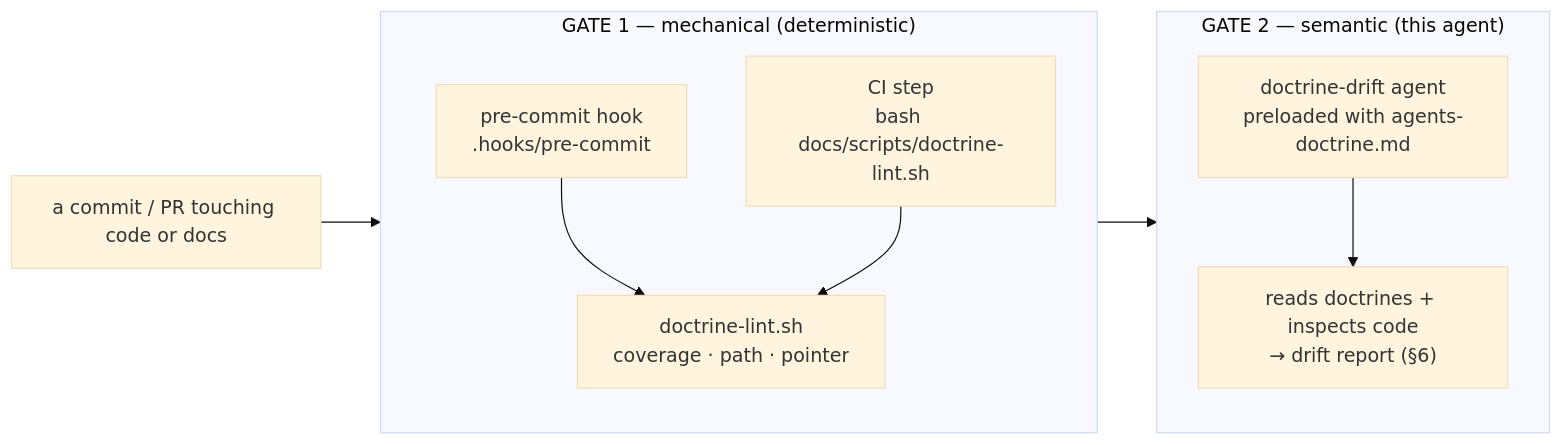
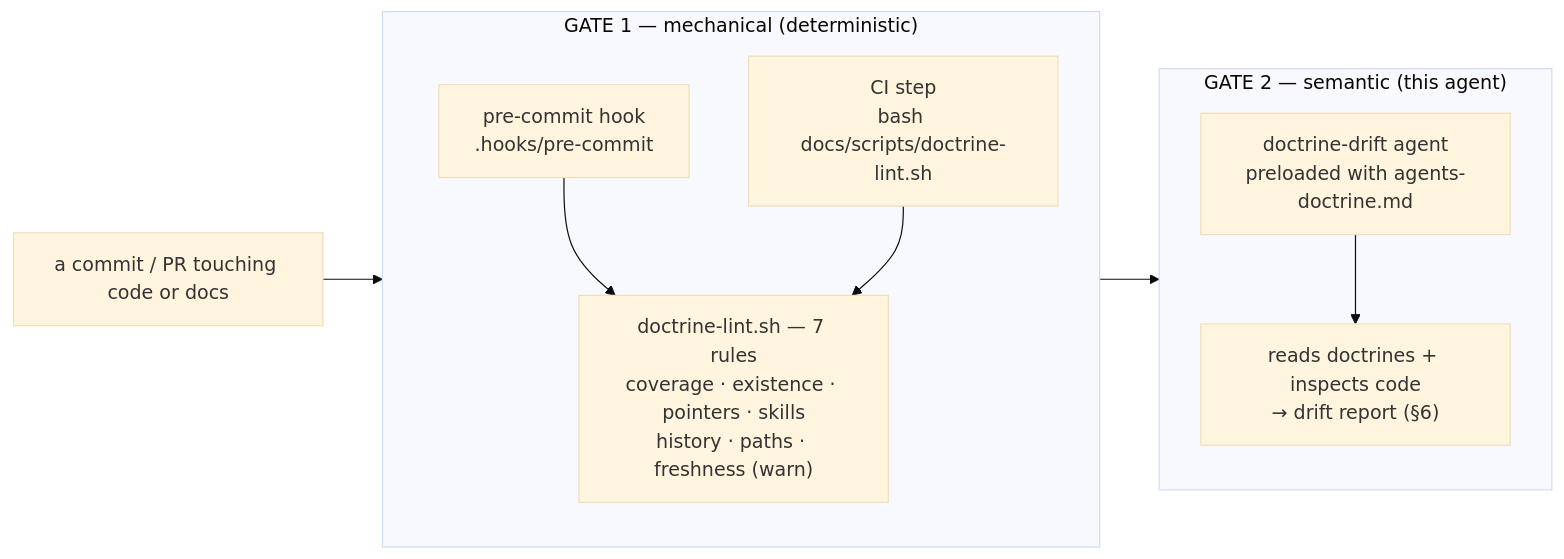
The second of 3 diagrams in references/docs-core/docs/doctrine/agents-doctrine.md (metalogica/substrate), drawn with Mermaid (base theme) before and after one commit. The commit also changed other lines of this file and 21 other files, not shown here.

First line of the commit message:
feat(doctrine): doctrine CRUD — history to git, binding to the DAG

````diff
--- a/references/docs-core/docs/doctrine/agents-doctrine.md
+++ b/references/docs-core/docs/doctrine/agents-doctrine.md
@@ -158,16 +236,16 @@
 ```mermaid
 flowchart LR
   subgraph G1["GATE 1 — mechanical (deterministic)"]
     H["pre-commit hook<br/>.hooks/pre-commit"]
     C["CI step<br/>bash docs/scripts/doctrine-lint.sh"]
-    L["doctrine-lint.sh<br/>coverage · path · pointer"]
+    L["doctrine-lint.sh — 7 rules<br/>coverage · existence · pointers · skills<br/>history · paths · freshness (warn)"]
     H --> L
     C --> L
   end
   subgraph G2["GATE 2 — semantic (this agent)"]
     A["doctrine-drift agent<br/>preloaded with agents-doctrine.md"]
     A2["reads doctrines + inspects code<br/>→ drift report (§6)"]
     A --> A2
   end
   COMMIT["a commit / PR touching code or docs"] --> G1 --> G2
 ```
````
